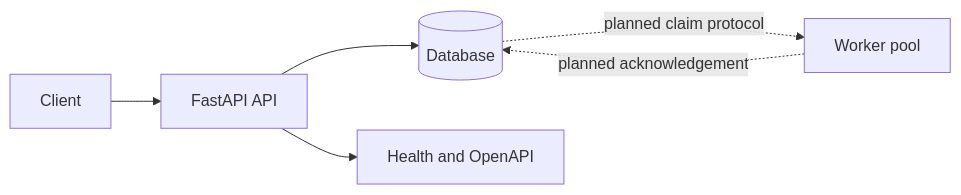
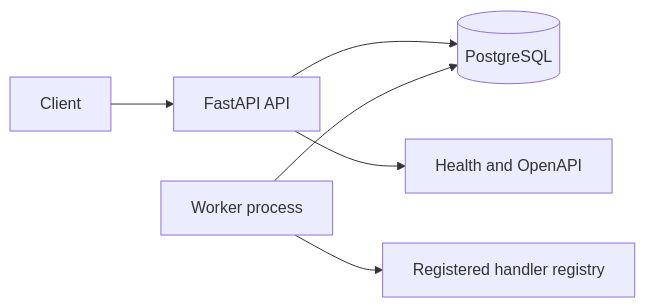
Before and after one commit to vankudothuadhinaik/FluxQueue: the diagram in docs/architecture.md, drawn with Mermaid. The commit also changed other lines of this file, not shown here.

Commit message:
docs: describe implemented worker claim protocol

````diff
--- a/docs/architecture.md
+++ b/docs/architecture.md
@@ -7,8 +7,8 @@
 ```mermaid
 flowchart LR
   Client[Client] --> API[FastAPI API]
-  API --> DB[(Database)]
-  DB -. planned claim protocol .-> Worker[Worker pool]
-  Worker -. planned acknowledgement .-> DB
+  API --> DB[(PostgreSQL)]
+  Worker[Worker process] --> DB
+  Worker --> Registry[Registered handler registry]
   API --> Ops[Health and OpenAPI]
 ```
````
